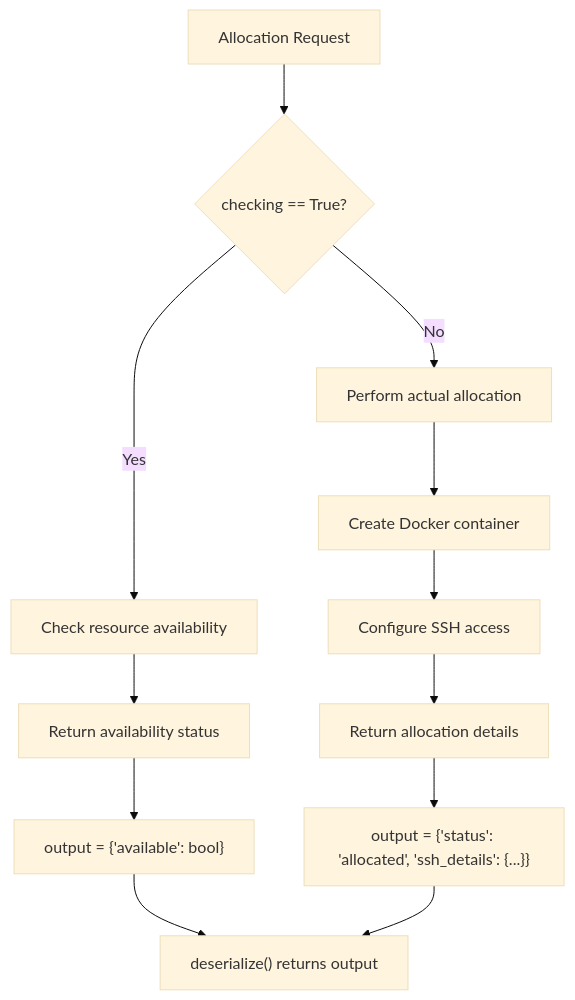
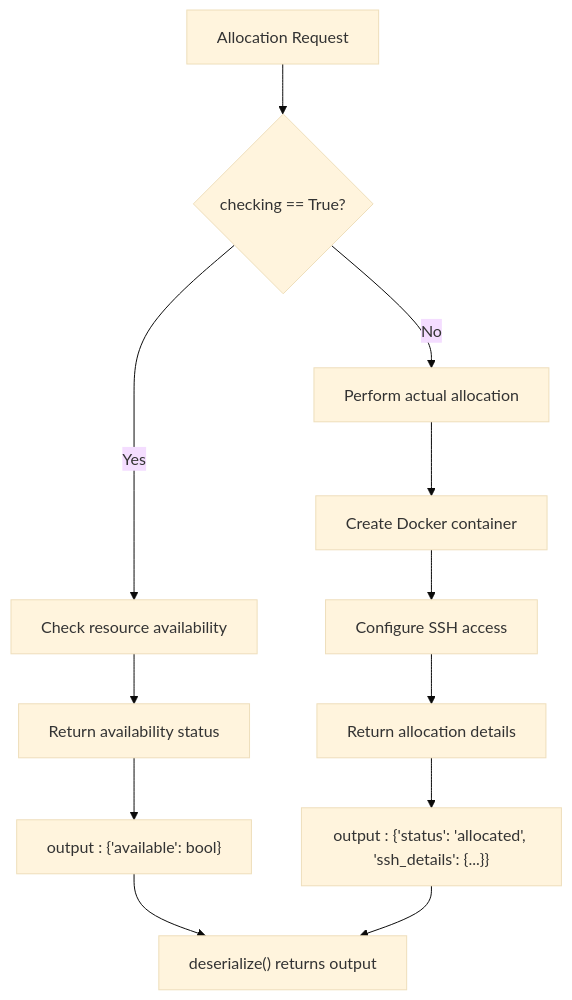
Before and after one commit to neuralinternet/docs: the fourth of 5 diagrams in src/content/docs/communication-protocols/specs-allocate-and-challenge-protocols.mdx, drawn with Mermaid (base theme). The commit also changed other lines of this file and 184 other files, not shown here.

````diff
--- a/src/content/docs/communication-protocols/specs-allocate-and-challenge-protocols.mdx
+++ b/src/content/docs/communication-protocols/specs-allocate-and-challenge-protocols.mdx
@@ -206,17 +206,17 @@
 ```mermaid
 flowchart TD
     A["Allocation Request"] --> B{"checking == True?"}
     B -->|Yes| C["Check resource availability"]
     B -->|No| D["Perform actual allocation"]
     
     C --> E["Return availability status"]
     D --> F["Create Docker container"]
     F --> G["Configure SSH access"]
     G --> H["Return allocation details"]
     
-    E --> I["output = {'available': bool}"]
-    H --> J["output = {'status': 'allocated', 'ssh_details': {...}}"]
+    E --> I["output : {'available': bool}"]
+    H --> J["output : {'status': 'allocated', 'ssh_details': {...}}"]
     
     I --> K["deserialize() returns output"]
     J --> K
 ```
````
